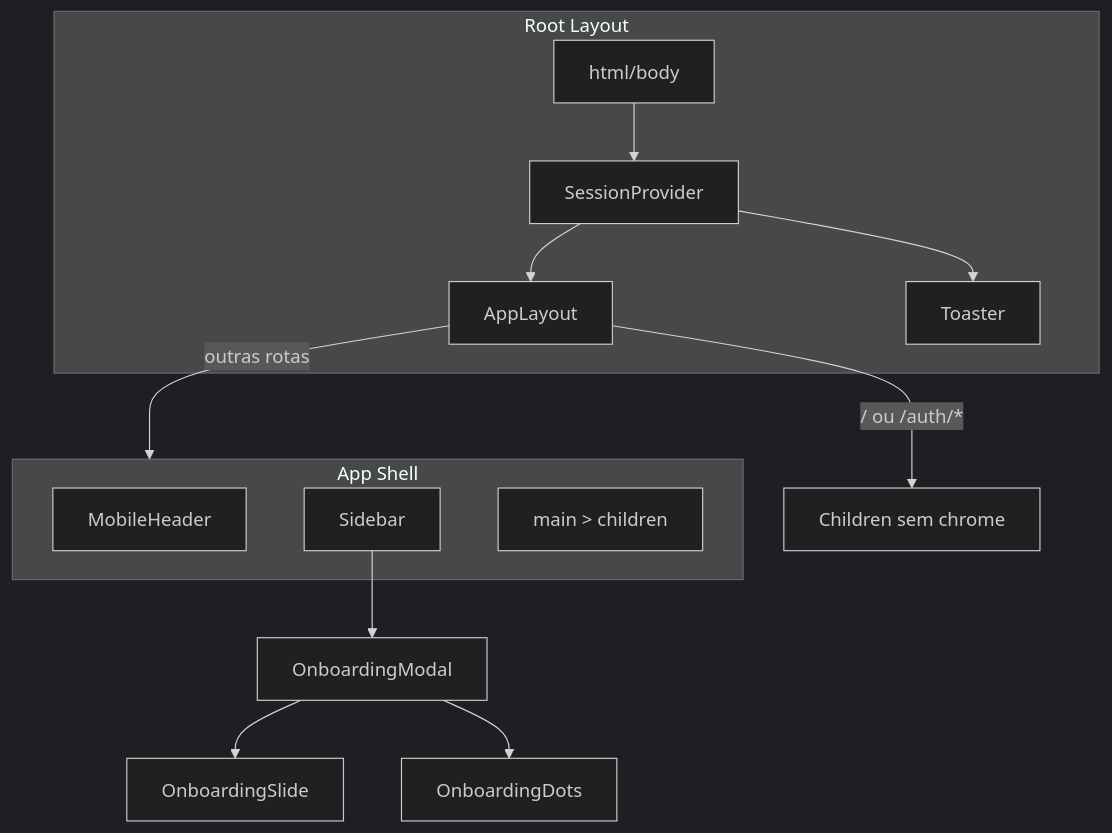
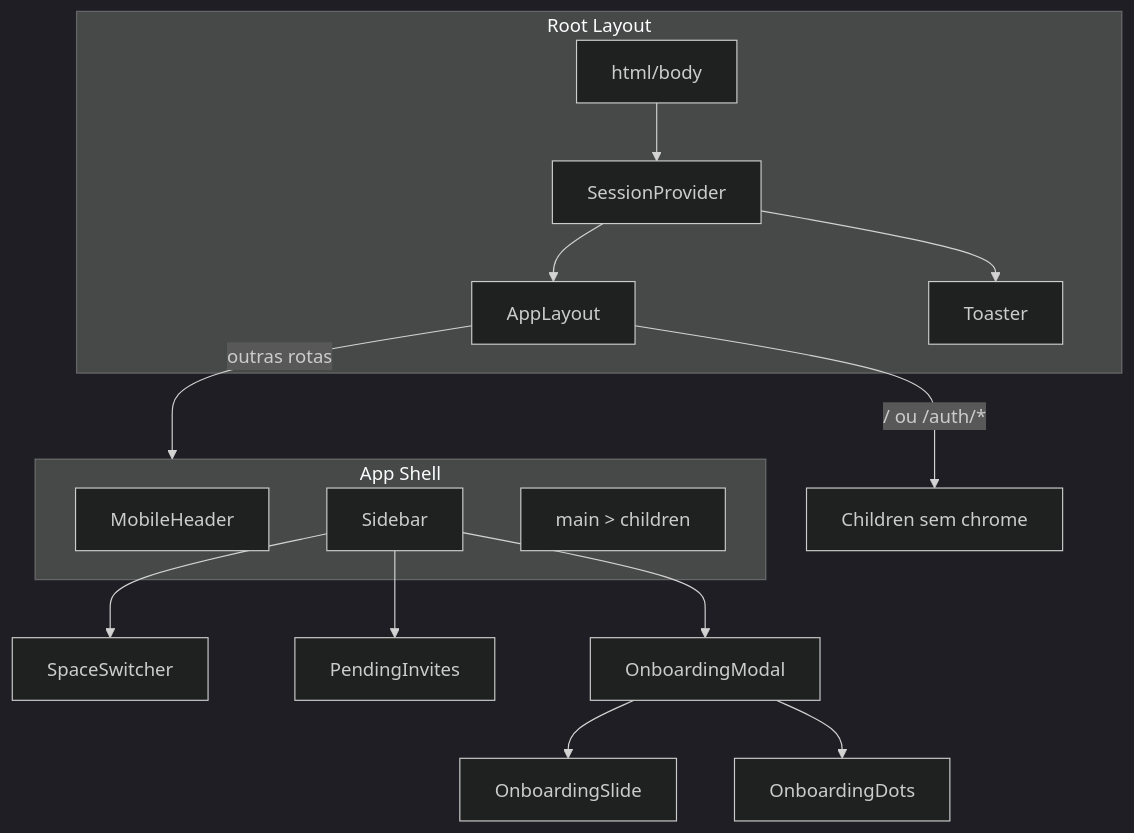
One commit to vverzellesi/expense-control changed the first of 3 diagrams in ai_docs/diagrams/component-tree.md. Above: the diagram before and after it, drawn with Mermaid (dark theme). The commit also changed other lines of this file and 3 other files, not shown here.

Commit message:
docs: update architecture diagrams with shared spaces entities and flows Entire-Checkpoint: c3eda51ae2bb

````diff
--- a/ai_docs/diagrams/component-tree.md
+++ b/ai_docs/diagrams/component-tree.md
@@ -5,24 +5,26 @@
 ```mermaid
 flowchart TB
     subgraph ROOT["Root Layout"]
         HTML["html/body"]
         SP["SessionProvider"]
         AL["AppLayout"]
         T["Toaster"]
         HTML --> SP --> AL
         SP --> T
     end
 
     AL -->|"/ ou /auth/*"| NOCHROME["Children sem chrome"]
     AL -->|"outras rotas"| SHELL
 
     subgraph SHELL["App Shell"]
         MH["MobileHeader"]
         SB["Sidebar"]
         MAIN["main > children"]
     end
 
+    SB --> SSW["SpaceSwitcher"]
+    SB --> PI["PendingInvites"]
     SB --> OBM["OnboardingModal"]
     OBM --> OBS["OnboardingSlide"]
     OBM --> OBD["OnboardingDots"]
 ```
````
